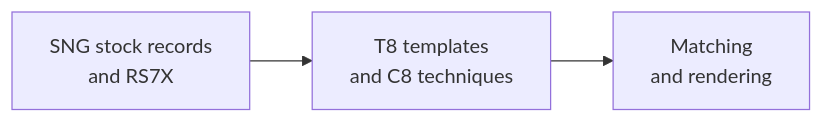
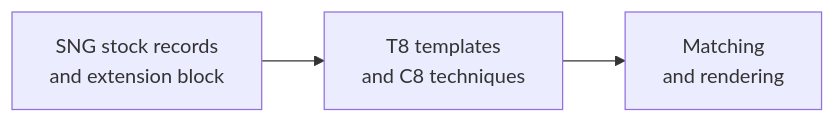
One commit to SomeeName/rs7string changed the diagram in docs/architecture/07-chords-on-the-extra-strings.md. Above: the diagram before and after it, drawn with Mermaid. The commit also changed other lines of this file and 728 other files, not shown here.

````diff
--- a/docs/architecture/07-chords-on-the-extra-strings.md
+++ b/docs/architecture/07-chords-on-the-extra-strings.md
@@ -17,5 +21,5 @@
 ```mermaid
 flowchart LR
-    sng["SNG stock records<br/>and RS7X"] --> records["T8 templates<br/>and C8 techniques"]
+    sng["SNG stock records<br/>and extension block"] --> records["T8 templates<br/>and C8 techniques"]
     records --> match["Matching<br/>and rendering"]
 ```
````
